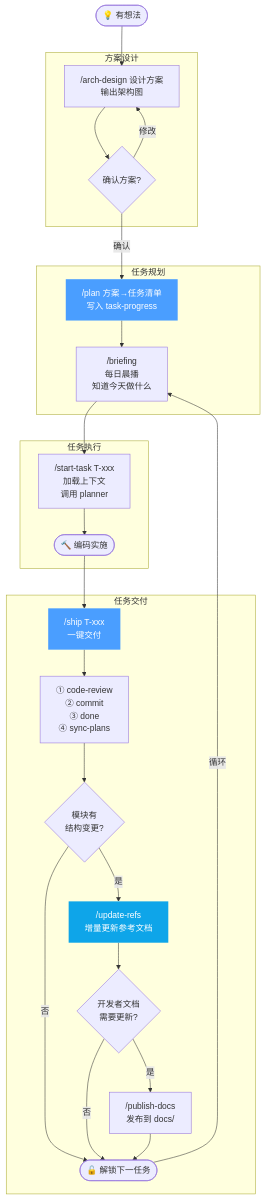
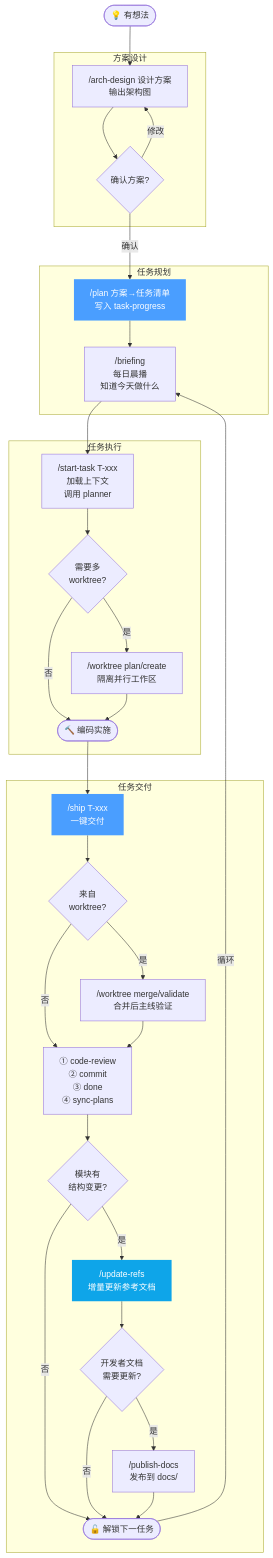
The diagram in docs/workflows.md (Kucell/cortex-agent), drawn with Mermaid before and after one commit. The commit also changed other lines of this file and 12 other files, not shown here.

````diff
--- a/docs/workflows.md
+++ b/docs/workflows.md
@@ -9,37 +9,43 @@
 ```mermaid
 flowchart
     A([💡 有想法]) --> B
 
     subgraph 方案设计
         B["/arch-design 设计方案<br>输出架构图"] --> C{确认方案?}
         C -->|修改| B
     end
 
     subgraph 任务规划
         C -->|确认| D["/plan 方案→任务清单<br>写入 task-progress"]
         D --> E["/briefing<br>每日晨播<br>知道今天做什么"]
     end
 
     subgraph 任务执行
         E --> F["/start-task T-xxx<br>加载上下文<br>调用 planner"]
-        F --> G([🔨 编码实施])
+        F --> WT{需要多<br>worktree?}
+        WT -->|是| W["/worktree plan/create<br>隔离并行工作区"]
+        WT -->|否| G
+        W --> G([🔨 编码实施])
     end
 
     subgraph 任务交付
         G --> H["/ship T-xxx<br>一键交付"]
-        H --> I["① code-review<br>② commit<br>③ done<br>④ sync-plans"]
+        H --> WM{来自<br>worktree?}
+        WM -->|是| WV["/worktree merge/validate<br>合并后主线验证"]
+        WM -->|否| I
+        WV --> I["① code-review<br>② commit<br>③ done<br>④ sync-plans"]
         I --> K{模块有<br>结构变更?}
         K -->|是| L["/update-refs<br>增量更新参考文档"]
         K -->|否| J
         L --> M{开发者文档<br>需要更新?}
         M -->|是| N["/publish-docs<br>发布到 docs/"]
         M -->|否| J
         N --> J([🔓 解锁下一任务])
     end
 
     J -->|循环| E
 
     style D fill:#4a9eff,color:#fff,stroke:none
     style H fill:#4a9eff,color:#fff,stroke:none
     style L fill:#0ea5e9,color:#fff,stroke:none
 ```
````
